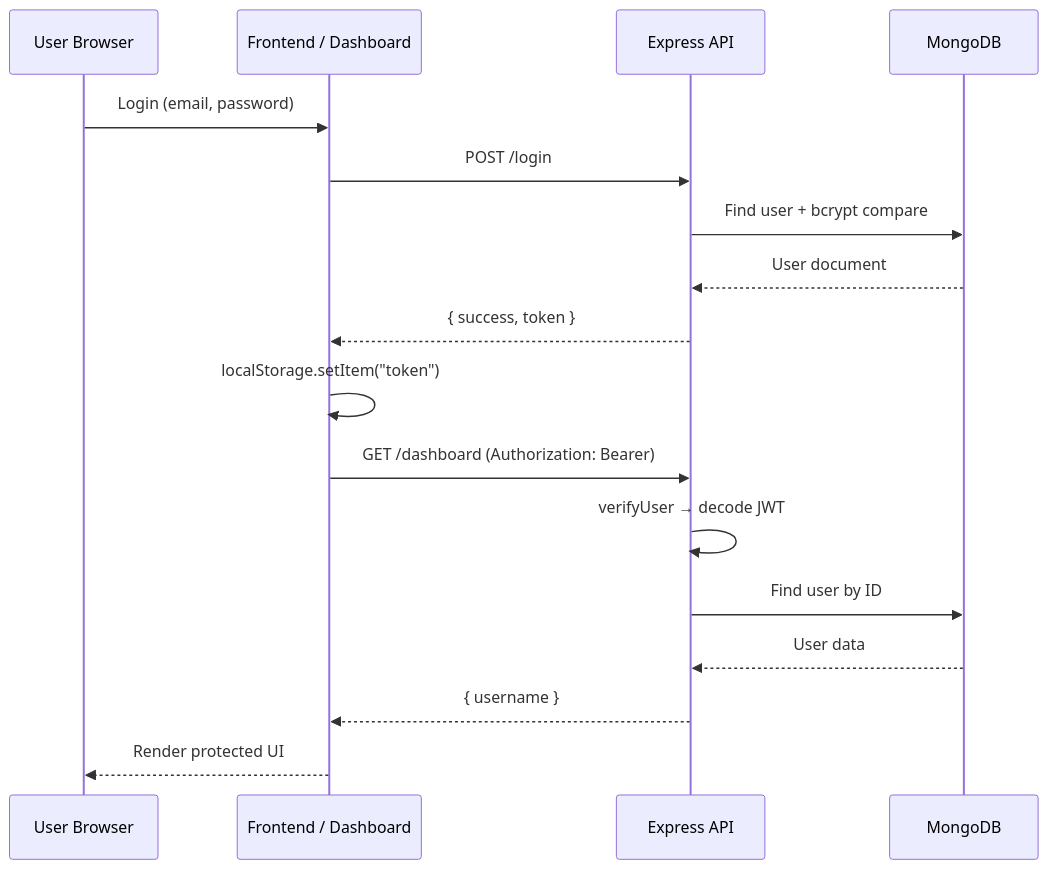
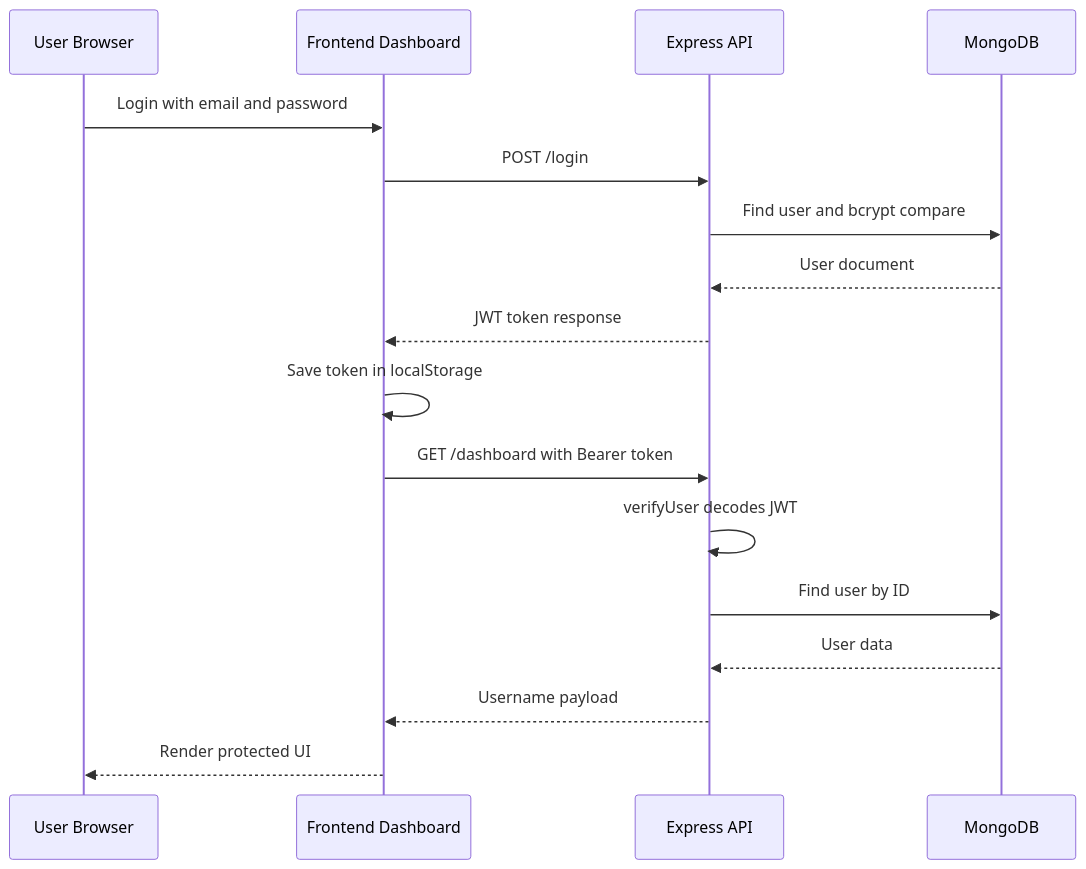
One commit to rajayush6200/investro changed the first of 6 diagrams in README.md. Above: the diagram before and after it, drawn with Mermaid. The commit also changed other lines of this file, not shown here.

````diff
--- a/README.md
+++ b/README.md
@@ -258,20 +258,20 @@
 ```mermaid
 sequenceDiagram
     participant U as User Browser
-    participant F as Frontend / Dashboard
+    participant F as Frontend Dashboard
     participant A as Express API
     participant M as MongoDB
 
-  U->>F: Login (email, password)
-  F->>A: POST /login
-  A->>M: Find user + bcrypt compare
-  M-->>A: User document
-  A-->>F: { success, token }
-  F->>F: localStorage.setItem("token")
-  F->>A: GET /dashboard (Authorization: Bearer)
-  A->>A: verifyUser → decode JWT
-  A->>M: Find user by ID
-  M-->>A: User data
-  A-->>F: { username }
-  F-->>U: Render protected UI
+    U->>F: Login with email and password
+    F->>A: POST /login
+    A->>M: Find user and bcrypt compare
+    M-->>A: User document
+    A-->>F: JWT token response
+    F->>F: Save token in localStorage
+    F->>A: GET /dashboard with Bearer token
+    A->>A: verifyUser decodes JWT
+    A->>M: Find user by ID
+    M-->>A: User data
+    A-->>F: Username payload
+    F-->>U: Render protected UI
 ```
````
